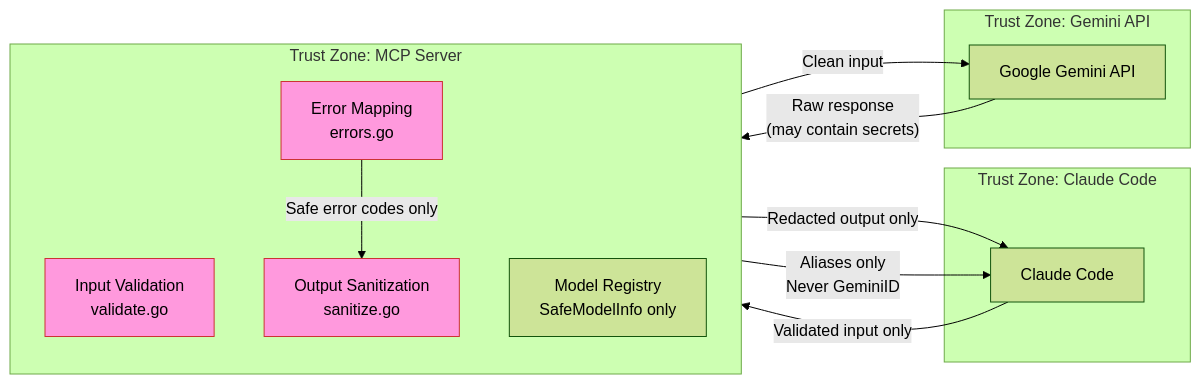
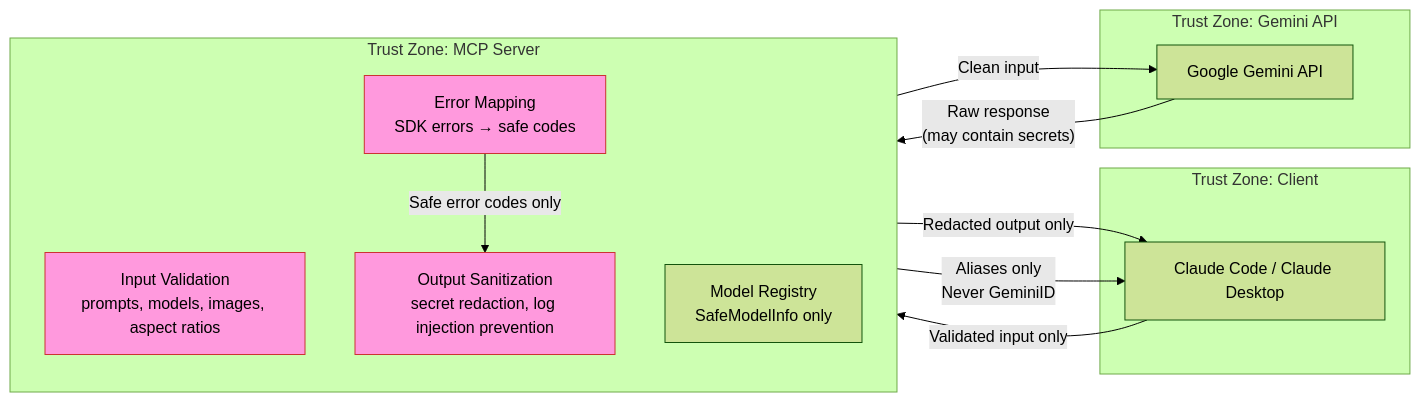
One commit to reshinto/mcp-banana changed the diagram in docs/diagrams/security-boundaries.mmd. Above: the diagram before and after it, drawn with Mermaid (forest theme). The commit also changed 13 other files, not shown here.

Commit message:
Update all mermaid diagrams for OAuth, per-user keys, and TLS

```diff
--- a/docs/diagrams/security-boundaries.mmd
+++ b/docs/diagrams/security-boundaries.mmd
@@ -1,28 +1,28 @@
 graph LR
-    subgraph "Trust Zone: Claude Code"
-        CC[Claude Code]
+    subgraph "Trust Zone: Client"
+        CC[Claude Code / Claude Desktop]
     end
 
     subgraph "Trust Zone: MCP Server"
         direction TB
-        VAL[Input Validation<br/>validate.go]
-        SAN[Output Sanitization<br/>sanitize.go]
-        ERR[Error Mapping<br/>errors.go]
+        VAL[Input Validation<br/>prompts, models, images, aspect ratios]
+        SAN[Output Sanitization<br/>secret redaction, log injection prevention]
+        ERR[Error Mapping<br/>SDK errors → safe codes]
         REG[Model Registry<br/>SafeModelInfo only]
     end
 
     subgraph "Trust Zone: Gemini API"
         API[Google Gemini API]
     end
 
     CC -->|"Validated input only"| VAL
     SAN -->|"Redacted output only"| CC
     ERR -->|"Safe error codes only"| SAN
     REG -->|"Aliases only<br/>Never GeminiID"| CC
 
     API -->|"Raw response<br/>(may contain secrets)"| ERR
     VAL -->|"Clean input"| API
 
     style VAL fill:#f9d,stroke:#c33
     style SAN fill:#f9d,stroke:#c33
     style ERR fill:#f9d,stroke:#c33
```
